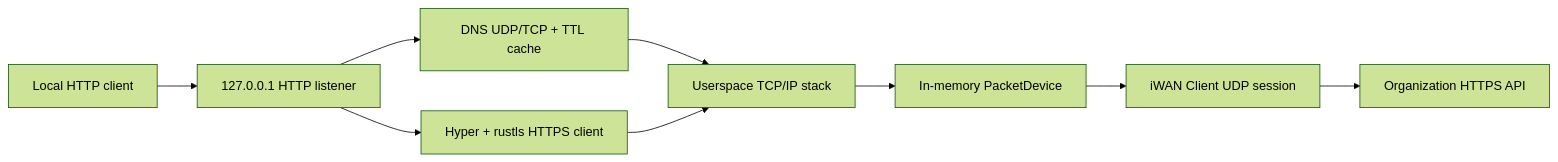
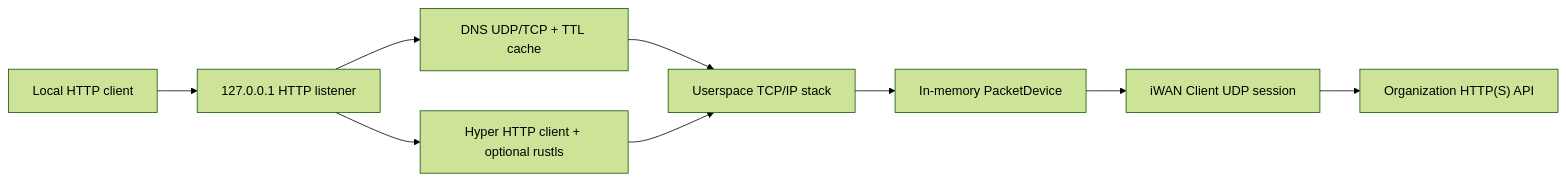
One commit to zhangheqi/openiwan changed the second of 2 diagrams in docs/ARCHITECTURE.md. Above: the diagram before and after it, drawn with Mermaid (forest theme). The commit also changed other lines of this file and 8 other files, not shown here.

Commit message:
feat(proxy): support HTTP upstream origins

````diff
--- a/docs/ARCHITECTURE.md
+++ b/docs/ARCHITECTURE.md
@@ -150,11 +151,11 @@
 ```mermaid
 flowchart LR
     Local["Local HTTP client"] --> Listener["127.0.0.1 HTTP listener"]
-    Listener --> TLS["Hyper + rustls HTTPS client"]
+    Listener --> Upstream["Hyper HTTP client + optional rustls"]
     Listener --> DNS["DNS UDP/TCP + TTL cache"]
     DNS --> Stack["Userspace TCP/IP stack"]
-    TLS --> Stack
+    Upstream --> Stack
     Stack --> Device["In-memory PacketDevice"]
     Device --> Client["iWAN Client UDP session"]
-    Client --> API["Organization HTTPS API"]
+    Client --> API["Organization HTTP(S) API"]
 ```
````
